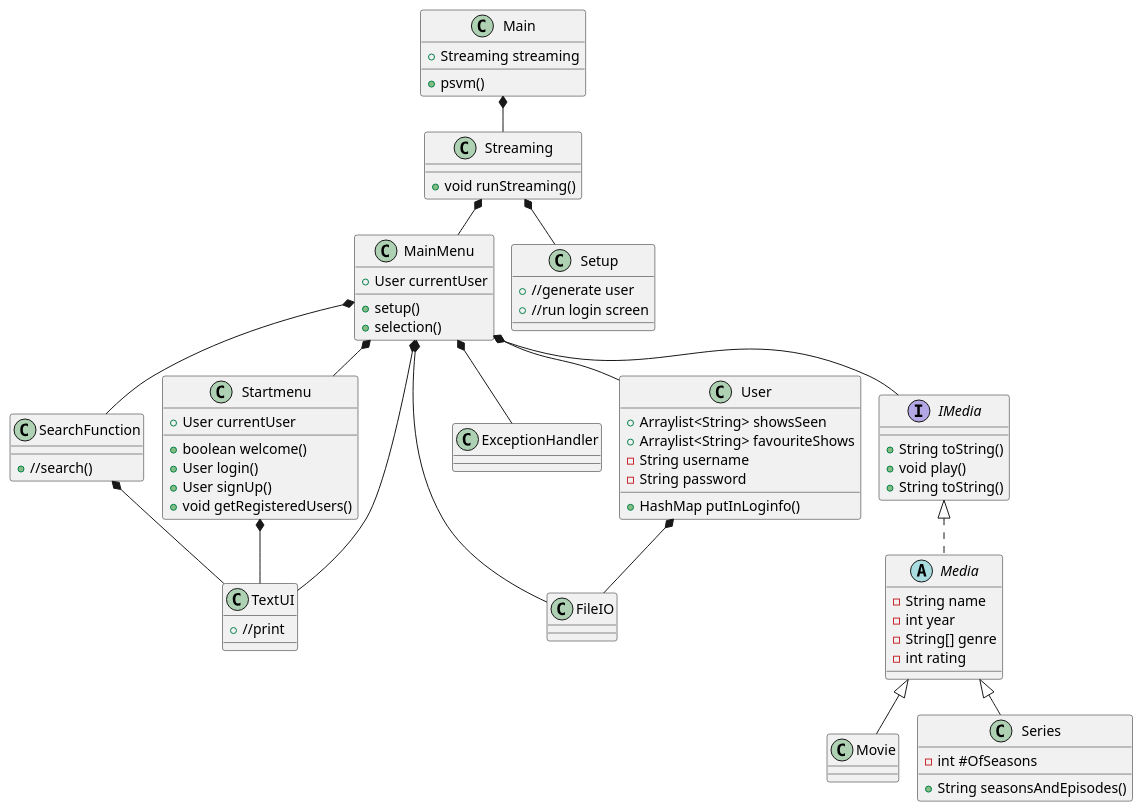
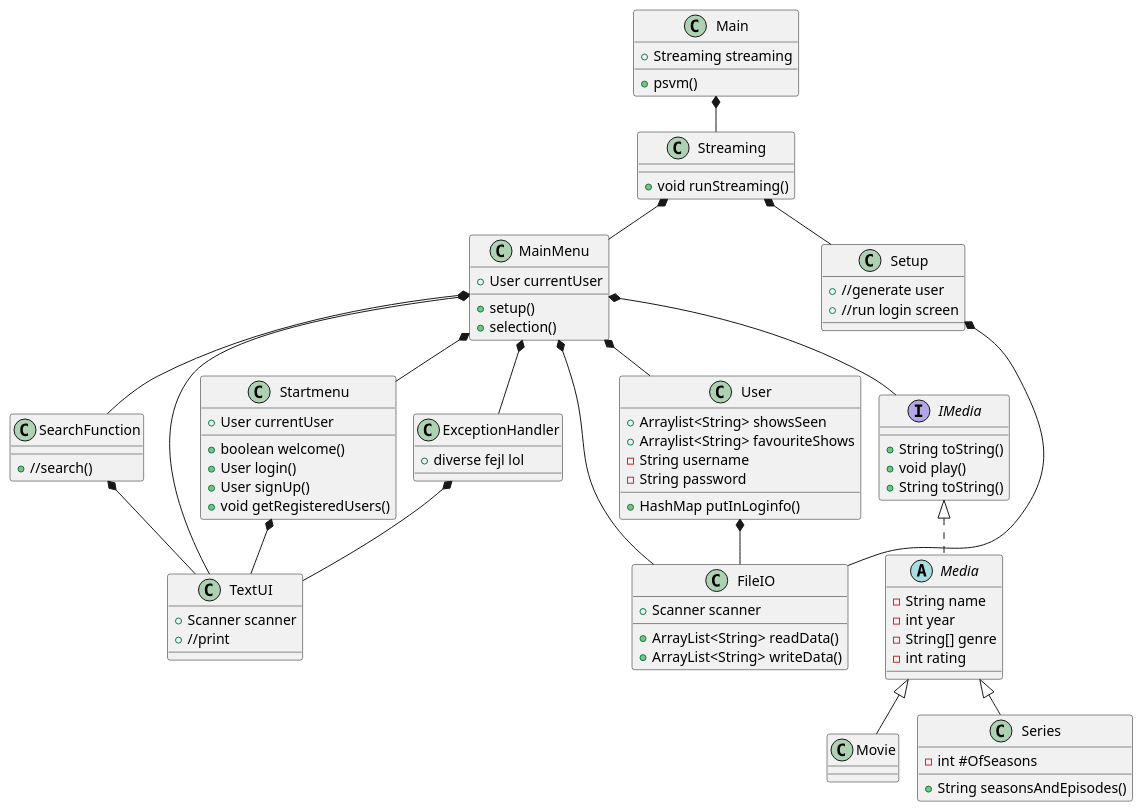
Before and after one commit to Sebbedeb/SP3---Streaming-Service: the diagram in SP03/.idea/Class Diagram.puml, drawn with PlantUML.

Commit message:
Update Class Diagram.puml

```diff
--- a/SP03/.idea/Class Diagram.puml
+++ b/SP03/.idea/Class Diagram.puml
@@ -1,76 +1,86 @@
 @startuml
 'https://plantuml.com/class-diagram
 !pragma layout smetana
 
 class Main
 class MainMenu
 class Startmenu
 class TextUI
 class User
 class FileIO
 class ExceptionHandler
 abstract class Media implements IMedia
 class Movie extends Media
 class Series extends Media
 class SearchFunction
 class MainMenu
 class Streaming
 class Setup
 
 Main *-- Streaming
 Streaming *-- Setup
 Streaming *-- MainMenu
 MainMenu *-- Startmenu
 MainMenu *--TextUI
 MainMenu *-- ExceptionHandler
 MainMenu *-- FileIO
 MainMenu *-- User
 MainMenu *-- IMedia
 MainMenu *-- SearchFunction
 User *-- FileIO
 SearchFunction *-- TextUI
 Startmenu *-- TextUI
+ExceptionHandler *-- TextUI
+Setup *-- FileIO
 
 Main : +psvm()
 Main : +Streaming streaming
+
 MainMenu : + User currentUser
 MainMenu : + setup()
 MainMenu : + selection()
 Streaming : + void runStreaming()
 
 Setup : + //generate user
 Setup : + //run login screen
 
 SearchFunction : +//search()
 
 Startmenu : + User currentUser
 Startmenu : + boolean welcome()
 Startmenu : + User login()
 Startmenu : + User signUp()
 Startmenu : + void getRegisteredUsers()
 
+FileIO : + Scanner scanner
+FileIO : + ArrayList<String> readData()
+FileIO : + ArrayList<String> writeData()
+
 User : + Arraylist<String> showsSeen
 User : + Arraylist<String> favouriteShows
 User : - String username
 User : - String password
 User : + HashMap putInLoginfo()
 
 
 IMedia : + String toString()
 IMedia : + void play()
 IMedia : + String toString()
+
+TextUI : + Scanner scanner
 TextUI : + //print
 
+ExceptionHandler : + diverse fejl lol
 
 Media : -String name
 Media : -int year
 Media : -String[] genre
 Media : -int rating
 
 Series : - int #OfSeasons
 Series : + String seasonsAndEpisodes()
 
 
 
 
 @enduml
```
